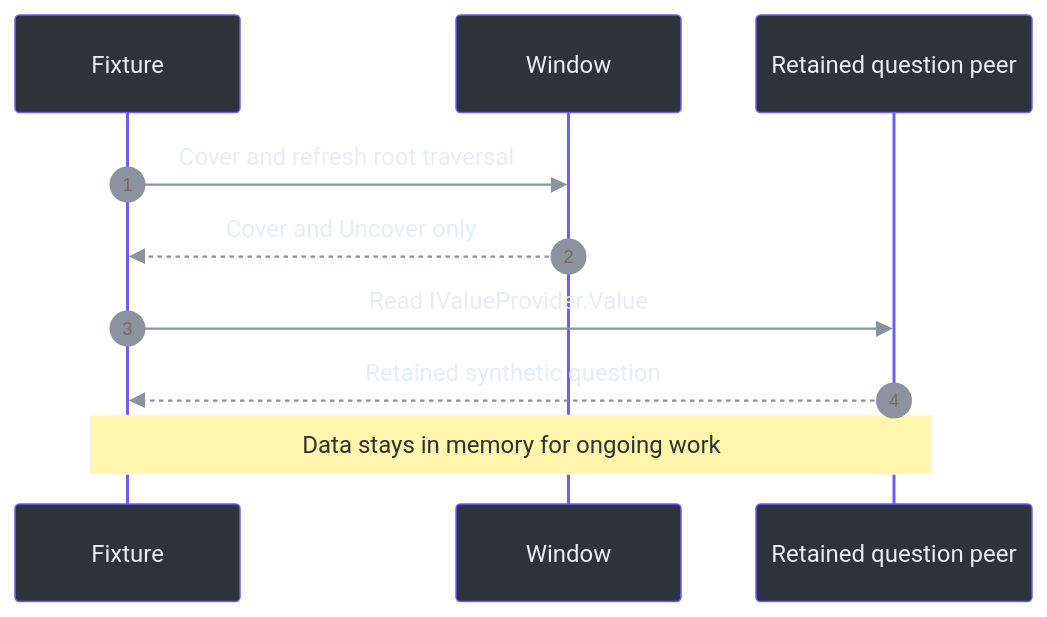
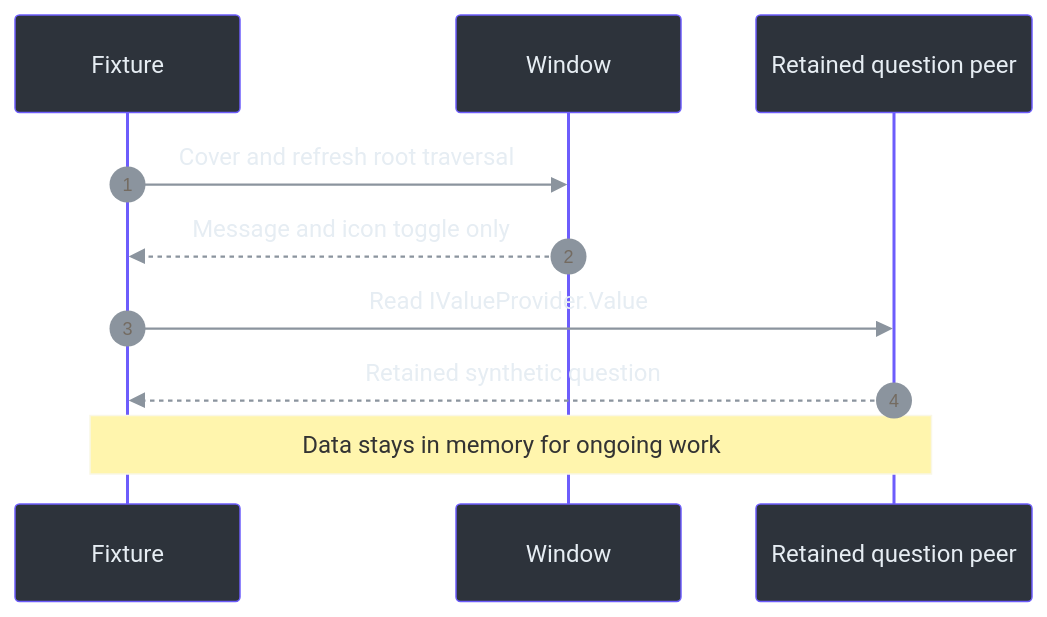
The diagram in docs/handbook/assets/diagrams/cover-and-privacy-02.mmd (Zanark/phantom-fudge), drawn with Mermaid before and after one commit. The commit also changed 88 other files, not shown here.

```diff
--- a/docs/handbook/assets/diagrams/cover-and-privacy-02.mmd
+++ b/docs/handbook/assets/diagrams/cover-and-privacy-02.mmd
@@ -1,15 +1,15 @@
 ---
 config: {"theme":"base","themeVariables":{"darkMode":true,"primaryColor":"#2d333b","primaryBorderColor":"#6d5dfc","primaryTextColor":"#e6edf3","lineColor":"#8b949e","textColor":"#e6edf3","actorBkg":"#2d333b","actorBorder":"#6d5dfc","actorTextColor":"#e6edf3","signalColor":"#8b949e","signalTextColor":"#e6edf3"}}
 ---
 sequenceDiagram
     accTitle: The observed cached-reference boundary
     accDescr: Fresh traversal sees the cover, but a previously retained in-process value provider can still read the question.
     autonumber
     participant Fixture
     participant Window
     participant Cached as Retained question peer
     Fixture->>Window: Cover and refresh root traversal
-    Window-->>Fixture: Cover and Uncover only
+    Window-->>Fixture: Message and icon toggle only
     Fixture->>Cached: Read IValueProvider.Value
     Cached-->>Fixture: Retained synthetic question
     Note over Fixture,Cached: Data stays in memory for ongoing work
```
